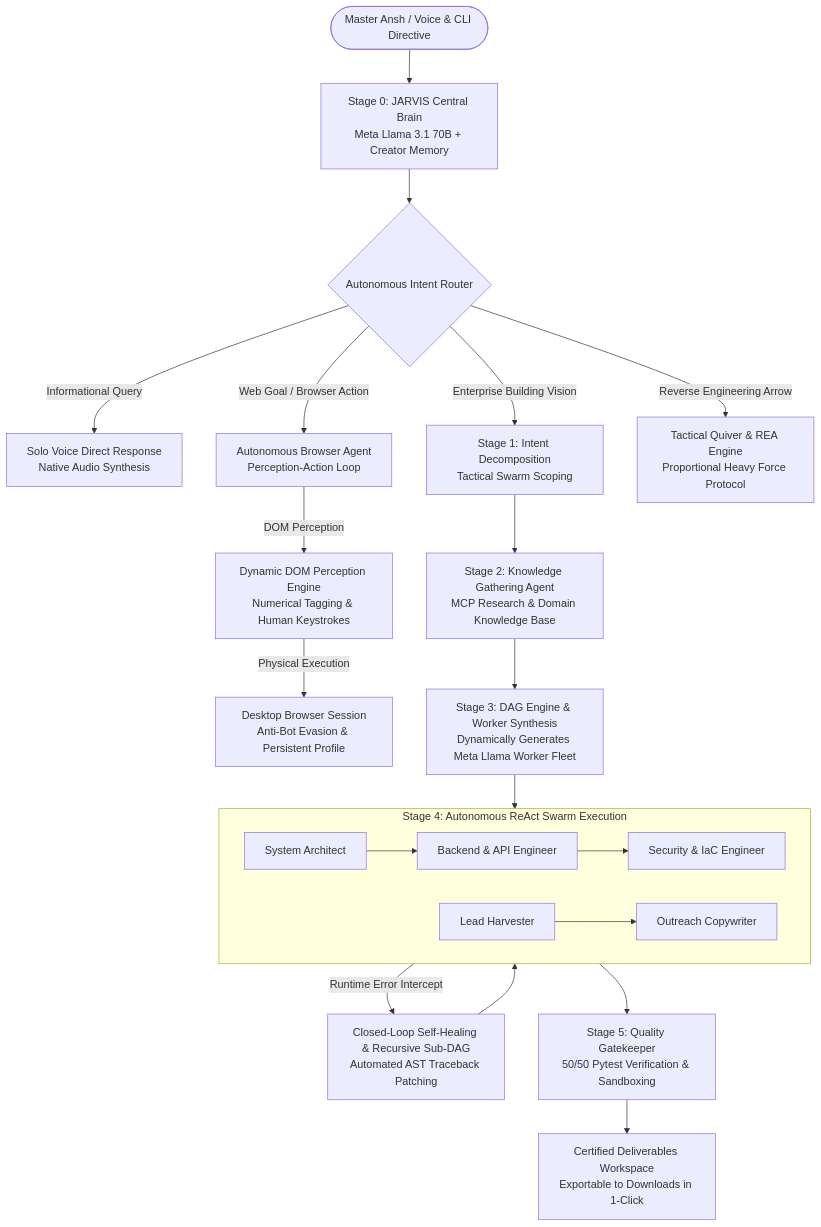
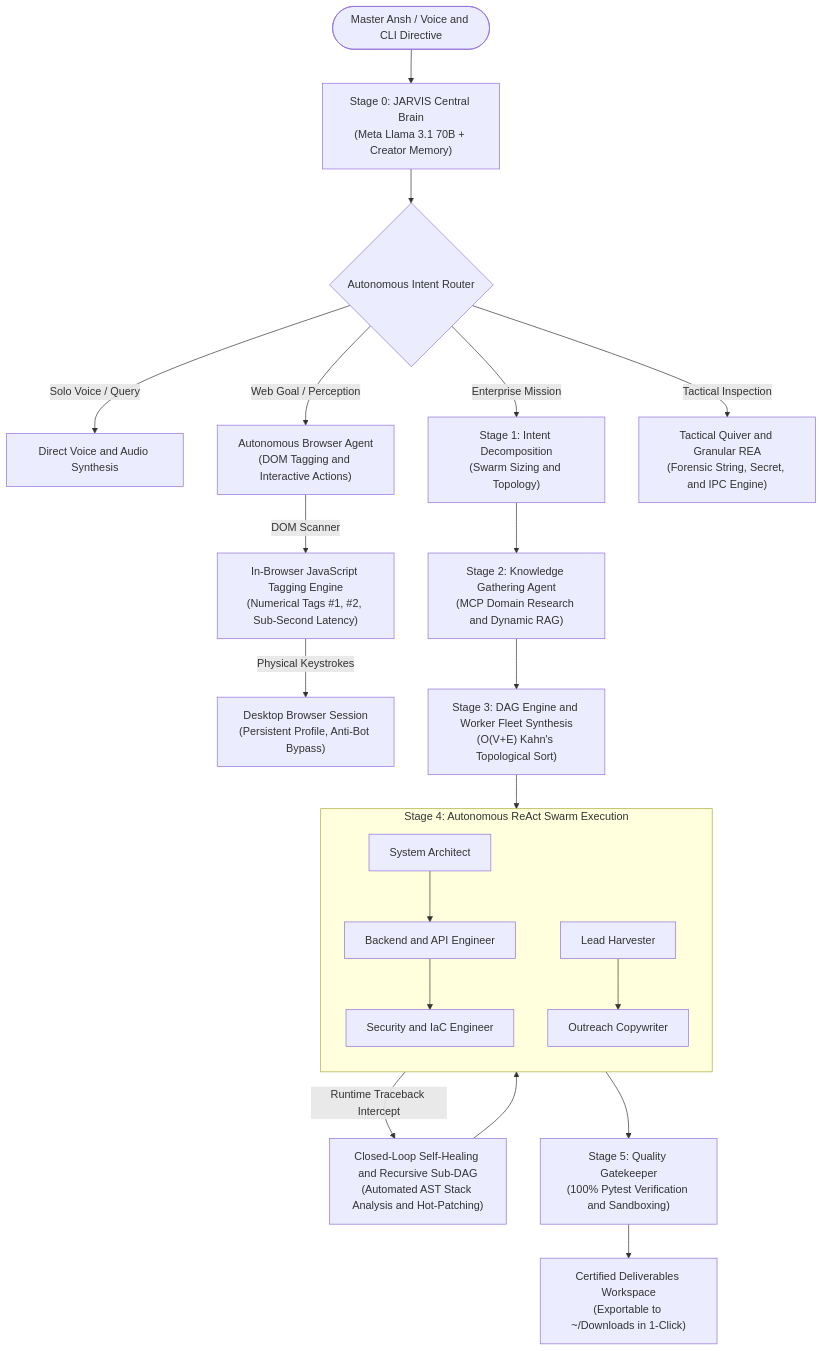
The diagram in README.md (ansh1325/ORCHESTRATOR), drawn with Mermaid before and after one commit. The commit also changed other lines of this file and 27 other files, not shown here.

````diff
--- a/README.md
+++ b/README.md
@@ -86,29 +86,30 @@
 ```mermaid
 flowchart TD
-    User(["Master Ansh / Voice & CLI Directive"]) --> CentralBrain["Stage 0: JARVIS Central Brain<br/>Meta Llama 3.1 70B + Creator Memory"]
+    User(["Master Ansh / Voice and CLI Directive"]) --> CentralBrain["Stage 0: JARVIS Central Brain<br/>(Meta Llama 3.1 70B + Creator Memory)"]
     CentralBrain --> Route{"Autonomous Intent Router"}
     
-    Route -->|"Informational Query"| VoiceResp["Solo Voice Direct Response<br/>Native Audio Synthesis"]
-    Route -->|"Web Goal / Browser Action"| BrowserAgent["Autonomous Browser Agent<br/>Perception-Action Loop"]
-    Route -->|"Enterprise Building Vision"| Stage1["Stage 1: Intent Decomposition<br/>Tactical Swarm Scoping"]
-    Route -->|"Reverse Engineering Arrow"| TacticalQuiver["Tactical Quiver & REA Engine<br/>Proportional Heavy Force Protocol"]
+    Route -->|"Solo Voice / Query"| VoiceResp["Direct Voice and Audio Synthesis"]
+    Route -->|"Web Goal / Perception"| BrowserAgent["Autonomous Browser Agent<br/>(DOM Tagging and Interactive Actions)"]
+    Route -->|"Enterprise Mission"| Stage1["Stage 1: Intent Decomposition<br/>(Swarm Sizing and Topology)"]
+    Route -->|"Tactical Inspection"| TacticalQuiver["Tactical Quiver and Granular REA<br/>(Forensic String, Secret, and IPC Engine)"]
     
-    BrowserAgent -->|"DOM Perception"| DOMPerception["Dynamic DOM Perception Engine<br/>Numerical Tagging & Human Keystrokes"]
-    DOMPerception -->|"Physical Execution"| LiveBrowser["Desktop Browser Session<br/>Anti-Bot Evasion & Persistent Profile"]
+    BrowserAgent -->|"DOM Scanner"| DOMPerception["In-Browser JavaScript Tagging Engine<br/>(Numerical Tags #1, #2, Sub-Second Latency)"]
+    DOMPerception -->|"Physical Keystrokes"| LiveBrowser["Desktop Browser Session<br/>(Persistent Profile, Anti-Bot Bypass)"]
     
-    Stage1 --> Stage2["Stage 2: Knowledge Gathering Agent<br/>MCP Research & Domain Knowledge Base"]
-    Stage2 --> Stage3["Stage 3: DAG Engine & Worker Synthesis<br/>Dynamically Generates Meta Llama Worker Fleet"]
+    Stage1 --> Stage2["Stage 2: Knowledge Gathering Agent<br/>(MCP Domain Research and Dynamic RAG)"]
+    Stage2 --> Stage3["Stage 3: DAG Engine and Worker Fleet Synthesis<br/>(O(V+E) Kahn's Topological Sort)"]
     
     subgraph SwarmExecution ["Stage 4: Autonomous ReAct Swarm Execution"]
-        W1["System Architect"] --> W2["Backend & API Engineer"]
-        W2 --> W3["Security & IaC Engineer"]
+        direction TB
+        W1["System Architect"] --> W2["Backend and API Engineer"]
+        W2 --> W3["Security and IaC Engineer"]
         W4["Lead Harvester"] --> W5["Outreach Copywriter"]
     end
     
     Stage3 --> SwarmExecution
-    SwarmExecution -->|"Runtime Error Intercept"| SelfHeal["Closed-Loop Self-Healing & Recursive Sub-DAG<br/>Automated AST Traceback Patching"]
+    SwarmExecution -->|"Runtime Traceback Intercept"| SelfHeal["Closed-Loop Self-Healing and Recursive Sub-DAG<br/>(Automated AST Stack Analysis and Hot-Patching)"]
     SelfHeal --> SwarmExecution
     
-    SwarmExecution --> Stage5["Stage 5: Quality Gatekeeper<br/>50/50 Pytest Verification & Sandboxing"]
-    Stage5 --> WorkspaceOutput["Certified Deliverables Workspace<br/>Exportable to Downloads in 1-Click"]
+    SwarmExecution --> Stage5["Stage 5: Quality Gatekeeper<br/>(100% Pytest Verification and Sandboxing)"]
+    Stage5 --> WorkspaceOutput["Certified Deliverables Workspace<br/>(Exportable to ~/Downloads in 1-Click)"]
 ```
````
